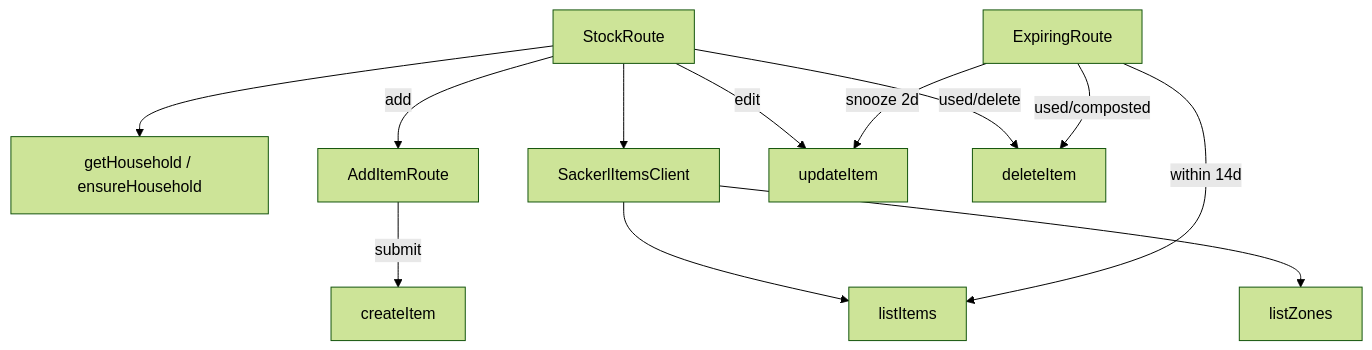
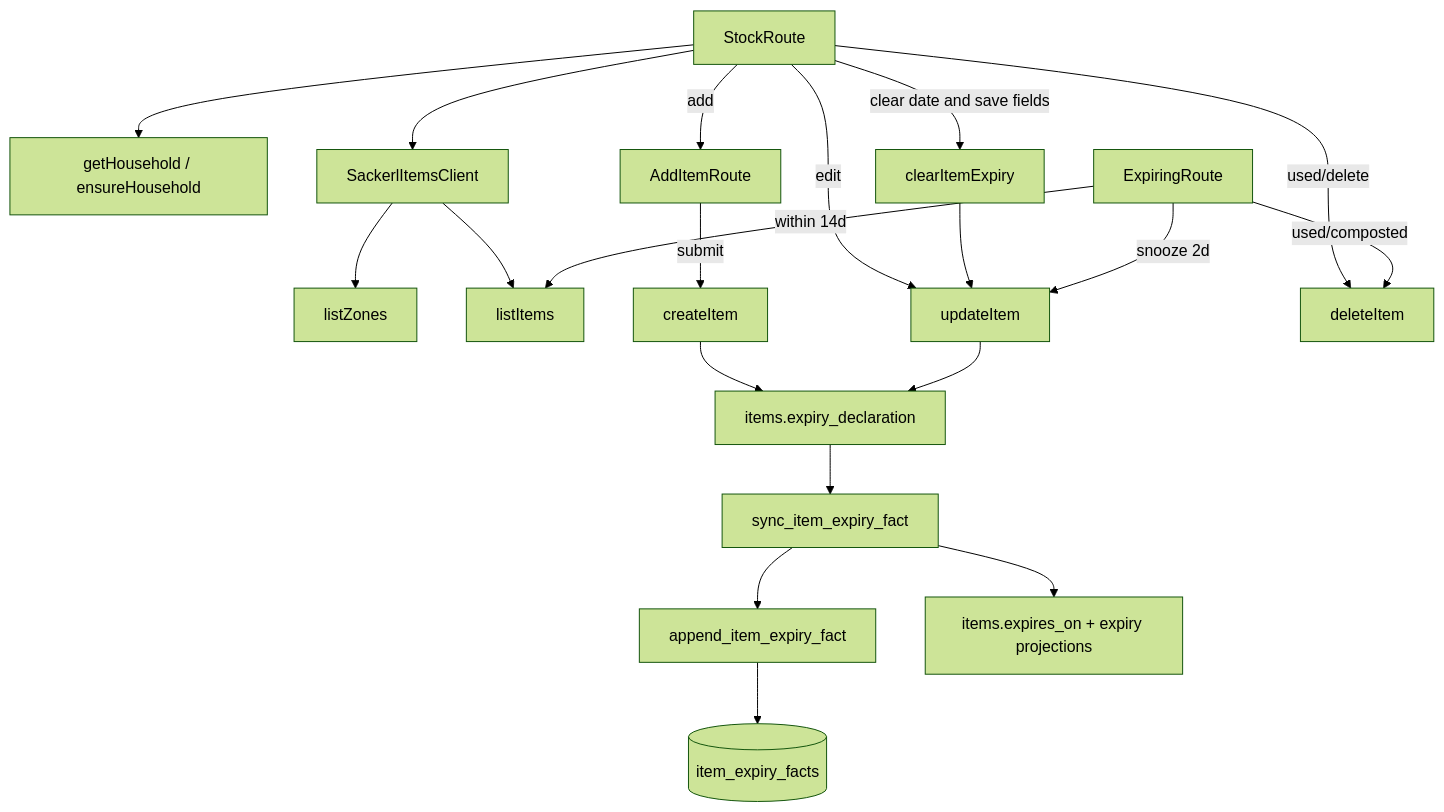
Before and after one commit to redonhalimaj/sackerl: the diagram in docs/code-map/Stock and Expiry.md, drawn with Mermaid (forest theme). The commit also changed other lines of this file and 93 other files, not shown here.

````diff
--- a/docs/code-map/Stock and Expiry.md
+++ b/docs/code-map/Stock and Expiry.md
@@ -13,14 +13,22 @@
 ```mermaid
 flowchart TD
   Stock[StockRoute] --> Profile[getHousehold / ensureHousehold]
   Stock --> Items[SackerlItemsClient]
   Items --> Zones[listZones]
   Items --> List[listItems]
   Stock -->|add| Add[AddItemRoute]
   Add -->|submit| Create[createItem]
   Stock -->|edit| Update[updateItem]
+  Stock -->|clear date and save fields| Clear[clearItemExpiry]
+  Clear --> Update
+  Create --> Declaration[items.expiry_declaration]
+  Update --> Declaration
+  Declaration --> Trigger[sync_item_expiry_fact]
+  Trigger --> Facts[append_item_expiry_fact]
+  Facts --> History[(item_expiry_facts)]
+  Trigger --> Projection[items.expires_on + expiry projections]
   Stock -->|used/delete| Remove[deleteItem]
   Expiring[ExpiringRoute] -->|within 14d| List
   Expiring -->|used/composted| Remove
   Expiring -->|snooze 2d| Update
 ```
````
